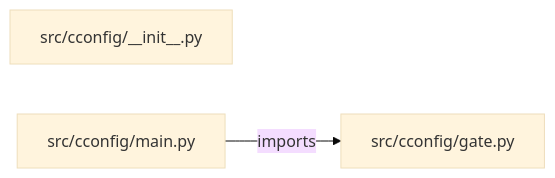
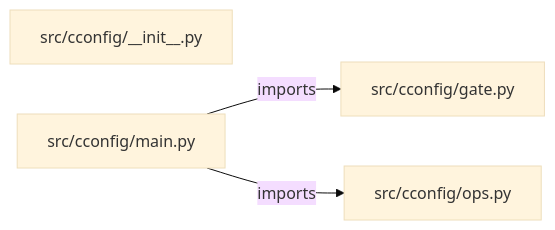
Before and after one commit to iarsingh/customer-configuration-management-portal: the diagram in PROJECT_ARCHITECTURE.md, drawn with Mermaid (base theme). The commit also changed other lines of this file and 2 other files, not shown here.

Commit message:
Refresh architecture and interview guides from current implementation

````diff
--- a/PROJECT_ARCHITECTURE.md
+++ b/PROJECT_ARCHITECTURE.md
@@ -13,7 +13,9 @@
 ```mermaid
 flowchart LR
     M0["src/cconfig/__init__.py"]
     M1["src/cconfig/gate.py"]
     M2["src/cconfig/main.py"]
+    M3["src/cconfig/ops.py"]
     M2 -->|imports| M1
+    M2 -->|imports| M3
 ```
````
